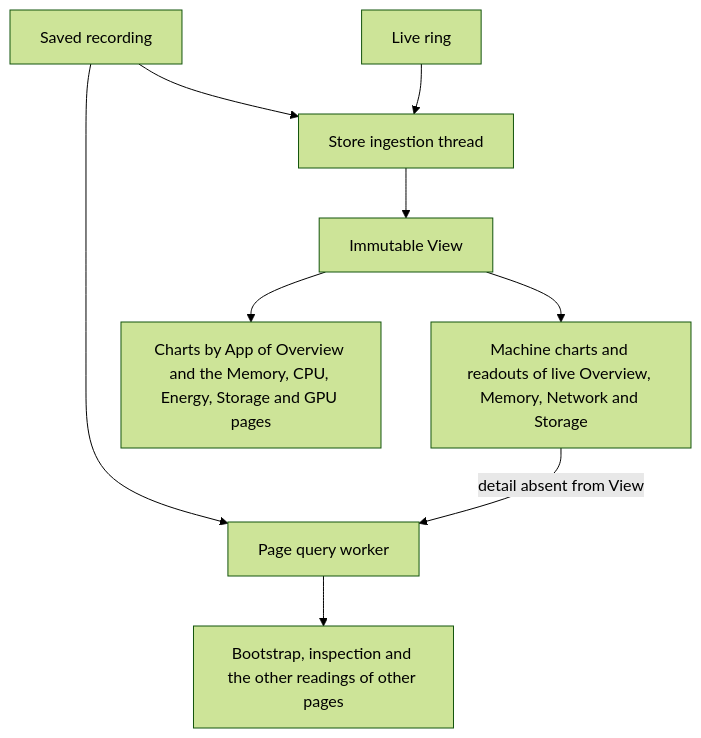
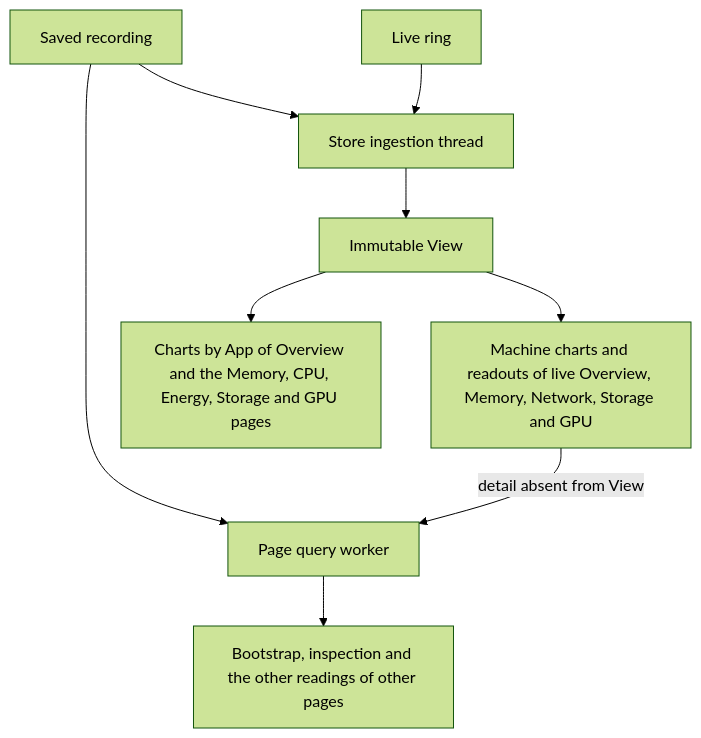
Before and after one commit to joaofnds/flightdeck: the second of 3 diagrams in docs/architecture.md, drawn with Mermaid (forest theme). The commit also changed other lines of this file and 18 other files, not shown here.

````diff
--- a/docs/architecture.md
+++ b/docs/architecture.md
@@ -128,11 +128,11 @@
 ```mermaid
 flowchart TD
     Saved[Saved recording] --> Store[Store ingestion thread]
     Ring[Live ring] --> Store
     Saved --> Worker[Page query worker]
     Store --> View[Immutable View]
-    View --> Machine[Machine charts and readouts of live Overview, Memory, Network and Storage]
+    View --> Machine[Machine charts and readouts of live Overview, Memory, Network, Storage and GPU]
     View --> AppCharts[Charts by App of Overview and the Memory, CPU, Energy, Storage and GPU pages]
     Worker --> Pages[Bootstrap, inspection and the other readings of other pages]
     Machine -->|detail absent from View| Worker
 ```
````
